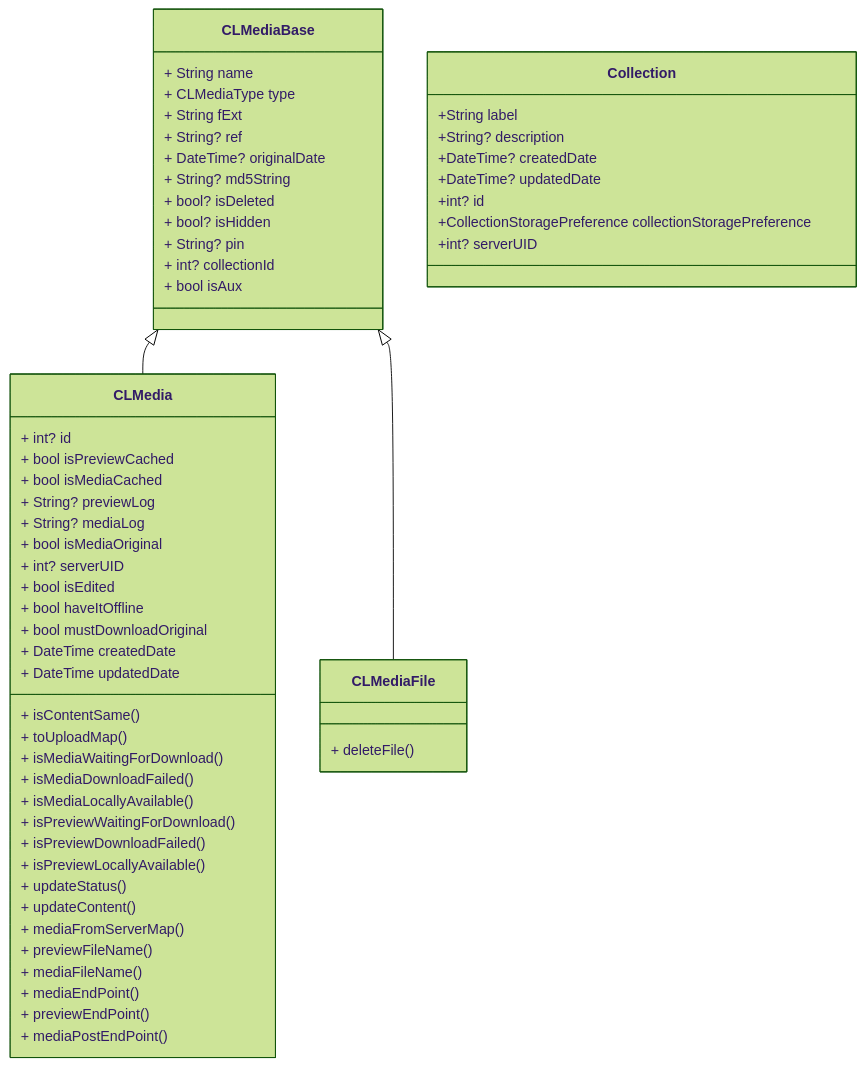
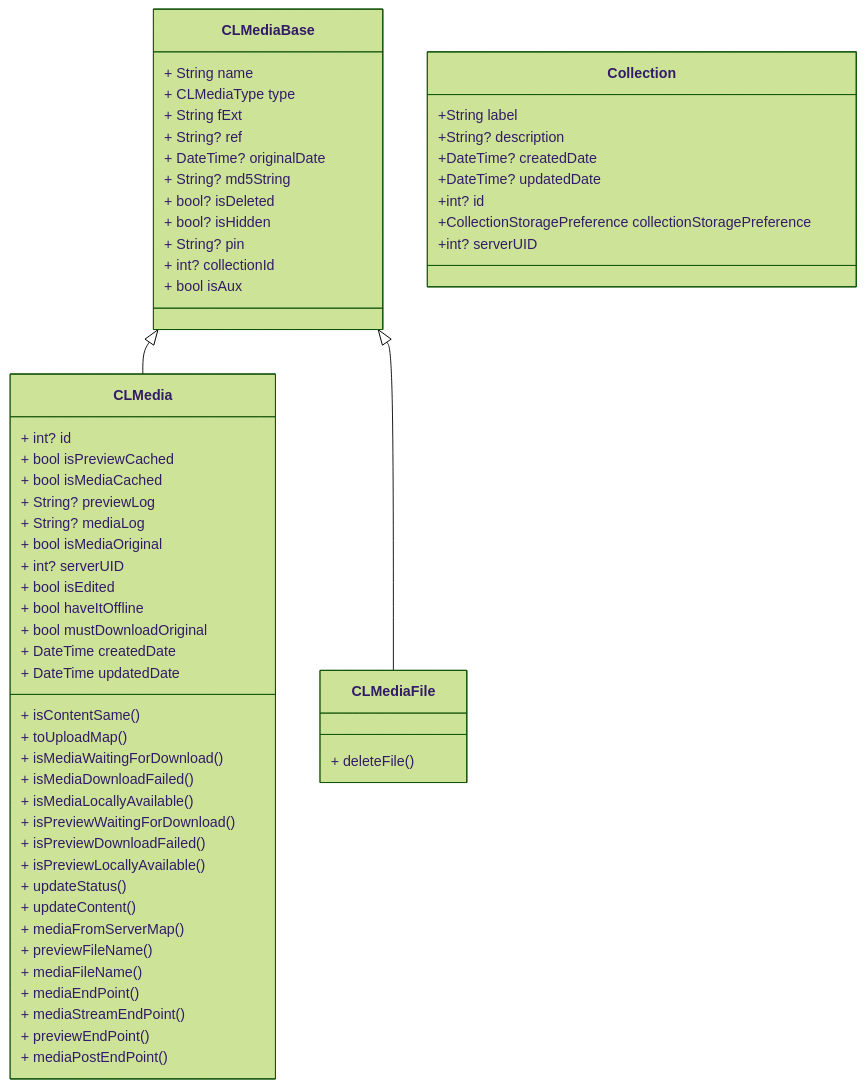
Before and after one commit to asarangaram/keep_it_package: the diagram in docs/Class diagram.mmd, drawn with Mermaid (forest theme).

Commit message:
mediaStreamEndPoint ito class diagram

```diff
--- a/docs/Class diagram.mmd
+++ b/docs/Class diagram.mmd
@@ -1,64 +1,65 @@
 classDiagram
     CLMediaBase <|-- CLMedia
     CLMediaBase <|-- CLMediaFile
     class CLMediaBase{
         + String name
         + CLMediaType type
         + String fExt
         + String? ref
         + DateTime? originalDate
         + String? md5String
         + bool? isDeleted
         + bool? isHidden
         + String? pin
         + int? collectionId
         + bool isAux
     }
     class CLMediaFile {
         + deleteFile()
     }
     class CLMedia{
         + int? id
         + bool isPreviewCached
         + bool isMediaCached
         + String? previewLog
         + String? mediaLog
         + bool isMediaOriginal
         + int? serverUID
         + bool isEdited
         + bool haveItOffline
         + bool mustDownloadOriginal
         + DateTime createdDate
         + DateTime updatedDate
 
         + isContentSame()
         + toUploadMap()
 
         + isMediaWaitingForDownload()
         + isMediaDownloadFailed()
         + isMediaLocallyAvailable()
         + isPreviewWaitingForDownload()
         + isPreviewDownloadFailed()
         + isPreviewLocallyAvailable()
 
         + updateStatus()
         + updateContent()
 
         + mediaFromServerMap()
 
         + previewFileName()
         + mediaFileName()
         + mediaEndPoint()
+        + mediaStreamEndPoint()
         + previewEndPoint()
         + mediaPostEndPoint()
     }
    
     class Collection {
         +String label
         +String? description
         +DateTime? createdDate
         +DateTime? updatedDate
         +int? id
         +CollectionStoragePreference collectionStoragePreference
         +int? serverUID
     }
```
